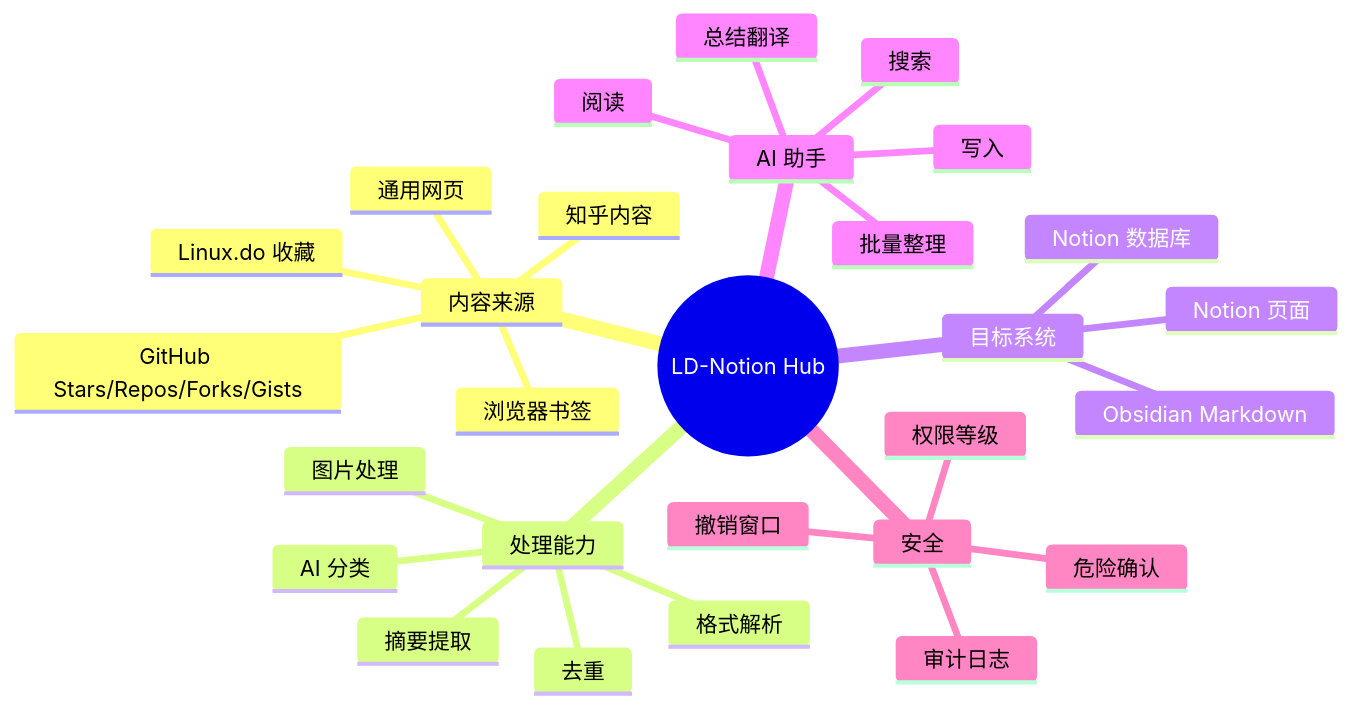
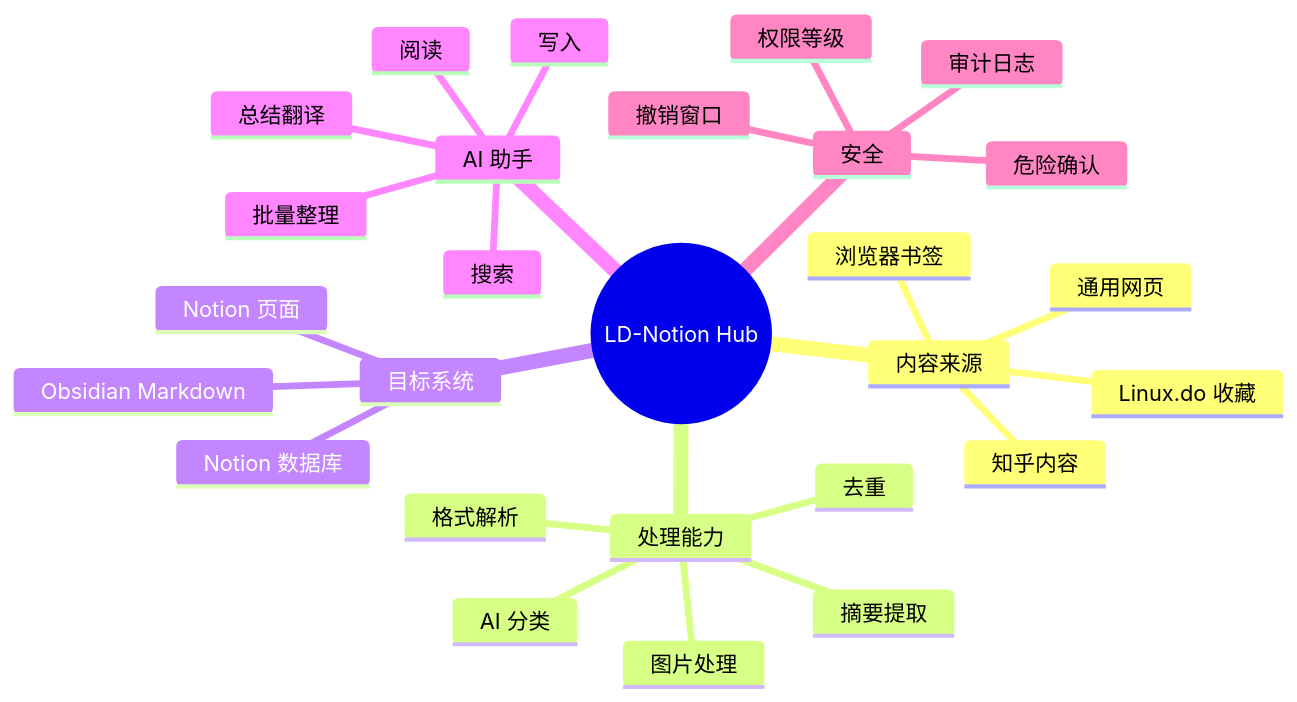
Before and after one commit to Smith-106/LD-Notion: the diagram in docs/features/index.md, drawn with Mermaid. The commit also changed other lines of this file and 100 other files, not shown here.

First line of the commit message:
feat(release): v3.17.0 — GitHub 收藏源全移除

````diff
--- a/docs/features/index.md
+++ b/docs/features/index.md
@@ -7,31 +7,30 @@
 ```mermaid
 mindmap
   root((LD-Notion Hub))
     内容来源
       Linux.do 收藏
-      GitHub Stars/Repos/Forks/Gists
       浏览器书签
       知乎内容
       通用网页
     处理能力
       格式解析
       图片处理
       摘要提取
       AI 分类
       去重
     目标系统
       Notion 数据库
       Notion 页面
       Obsidian Markdown
     AI 助手
       搜索
       阅读
       写入
       批量整理
       总结翻译
     安全
       权限等级
       危险确认
       审计日志
       撤销窗口
 ```
````
